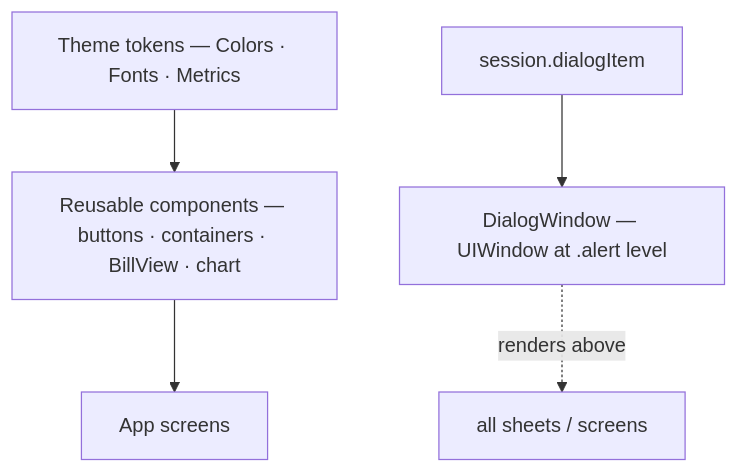
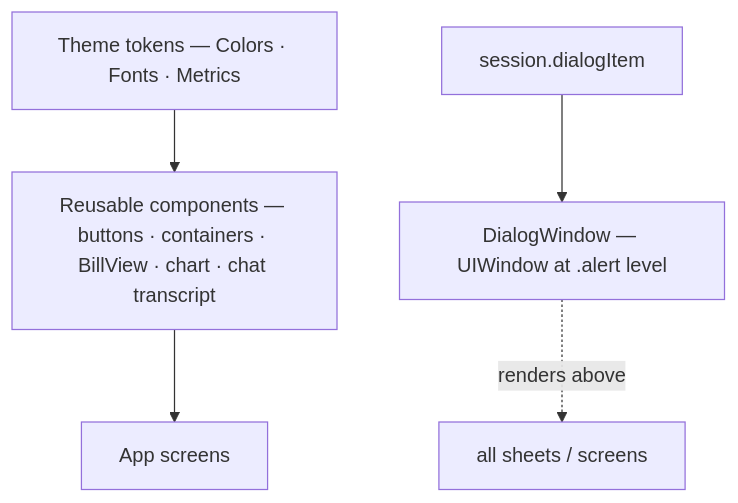
One commit to code-payments/code-ios-app changed the diagram in docs/architecture/08-design-system.md. Above: the diagram before and after it, drawn with Mermaid. The commit also changed other lines of this file and 13 other files, not shown here.

````diff
--- a/docs/architecture/08-design-system.md
+++ b/docs/architecture/08-design-system.md
@@ -5,7 +5,7 @@
 ```mermaid
 graph TD
-    Tokens["Theme tokens — Colors · Fonts · Metrics"] --> Comp["Reusable components — buttons · containers · BillView · chart"]
+    Tokens["Theme tokens — Colors · Fonts · Metrics"] --> Comp["Reusable components — buttons · containers · BillView · chart · chat transcript"]
     Comp --> Screen["App screens"]
     Dlg["session.dialogItem"] --> DW["DialogWindow — UIWindow at .alert level"]
     DW -.->|renders above| Sheets["all sheets / screens"]
 ```
````
